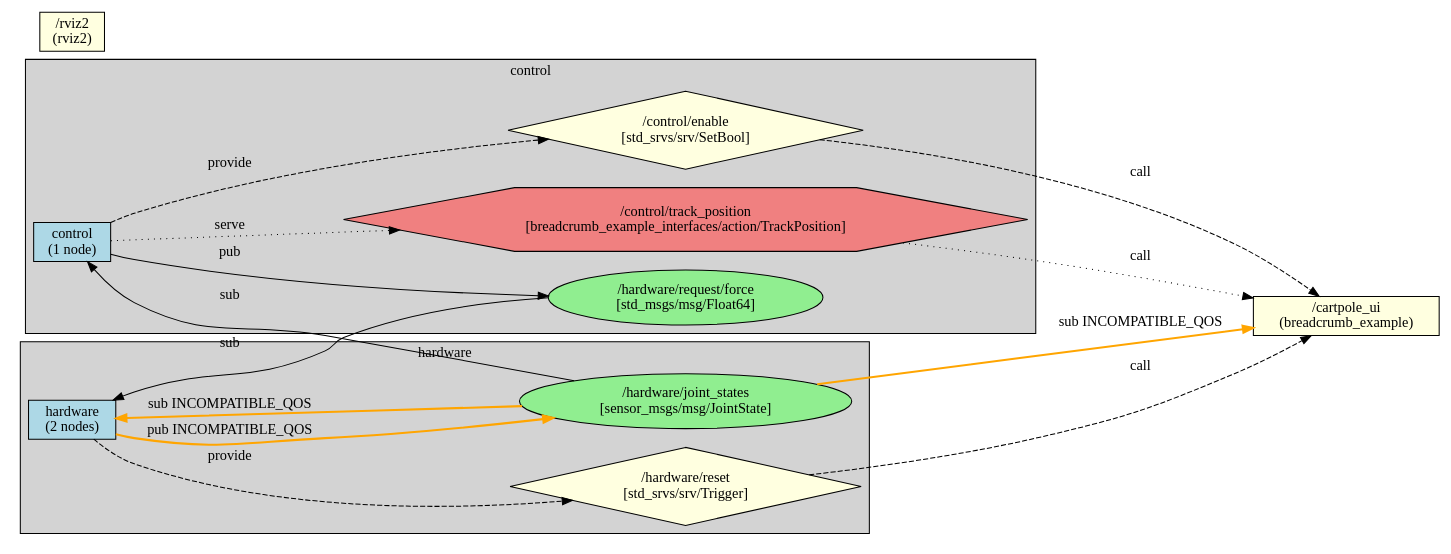
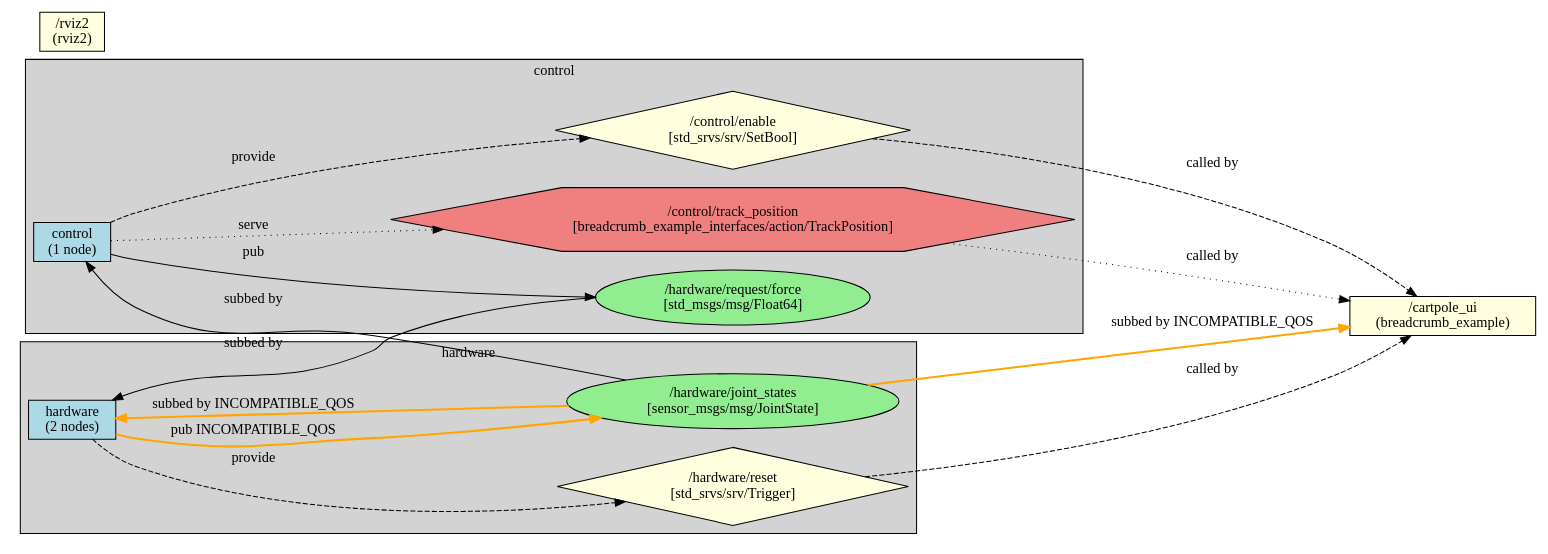
Before and after one commit to greenforge-labs/breadcrumb: the diagram in breadcrumb_example/ros_graphs/graph_toplevel.dot, drawn with Graphviz. The commit also changed 8 other files, not shown here.

```diff
--- a/breadcrumb_example/ros_graphs/graph_toplevel.dot
+++ b/breadcrumb_example/ros_graphs/graph_toplevel.dot
@@ -1,47 +1,47 @@
 digraph ROS2TopLevel {
   rankdir=LR;
   node [shape=box];
 
   subgraph cluster_control {
     label="control";
     style=filled;
     fillcolor=lightgrey;
 
     "control" [label="control\n(1 node)", style=filled, fillcolor=lightblue];
     "/hardware/request/force" [label="/hardware/request/force\n[std_msgs/msg/Float64]", shape=ellipse, style=filled, fillcolor=lightgreen];
     "/control/enable" [label="/control/enable\n[std_srvs/srv/SetBool]", shape=diamond, style=filled, fillcolor=lightyellow];
     "/control/track_position" [label="/control/track_position\n[breadcrumb_example_interfaces/action/TrackPosition]", shape=hexagon, style=filled, fillcolor=lightcoral];
   }
 
   subgraph cluster_hardware {
     label="hardware";
     style=filled;
     fillcolor=lightgrey;
 
     "hardware" [label="hardware\n(2 nodes)", style=filled, fillcolor=lightblue];
     "/hardware/joint_states" [label="/hardware/joint_states\n[sensor_msgs/msg/JointState]", shape=ellipse, style=filled, fillcolor=lightgreen];
     "/hardware/reset" [label="/hardware/reset\n[std_srvs/srv/Trigger]", shape=diamond, style=filled, fillcolor=lightyellow];
   }
 
   // Root Namespace Nodes
   "/cartpole_ui" [label="/cartpole_ui\n(breadcrumb_example)", style=filled, fillcolor=lightyellow];
   "/rviz2" [label="/rviz2\n(rviz2)", style=filled, fillcolor=lightyellow];
 
   // Topic Edges
   "hardware" -> "/hardware/joint_states" [label="pub INCOMPATIBLE_QOS", color=orange, style=bold];
-  "/hardware/joint_states" -> "/cartpole_ui" [label="sub INCOMPATIBLE_QOS", color=orange, style=bold];
-  "/hardware/joint_states" -> "control" [label="sub"];
-  "/hardware/joint_states" -> "hardware" [label="sub INCOMPATIBLE_QOS", color=orange, style=bold];
+  "/hardware/joint_states" -> "/cartpole_ui" [label="subbed by INCOMPATIBLE_QOS", color=orange, style=bold];
+  "/hardware/joint_states" -> "control" [label="subbed by"];
+  "/hardware/joint_states" -> "hardware" [label="subbed by INCOMPATIBLE_QOS", color=orange, style=bold];
   "control" -> "/hardware/request/force" [label="pub"];
-  "/hardware/request/force" -> "hardware" [label="sub"];
+  "/hardware/request/force" -> "hardware" [label="subbed by"];
 
   // Service Edges
   "control" -> "/control/enable" [label="provide", style=dashed];
-  "/control/enable" -> "/cartpole_ui" [label="call", style=dashed];
+  "/control/enable" -> "/cartpole_ui" [label="called by", style=dashed];
   "hardware" -> "/hardware/reset" [label="provide", style=dashed];
-  "/hardware/reset" -> "/cartpole_ui" [label="call", style=dashed];
+  "/hardware/reset" -> "/cartpole_ui" [label="called by", style=dashed];
 
   // Action Edges
   "control" -> "/control/track_position" [label="serve", style=dotted];
-  "/control/track_position" -> "/cartpole_ui" [label="call", style=dotted];
+  "/control/track_position" -> "/cartpole_ui" [label="called by", style=dotted];
 }
```
